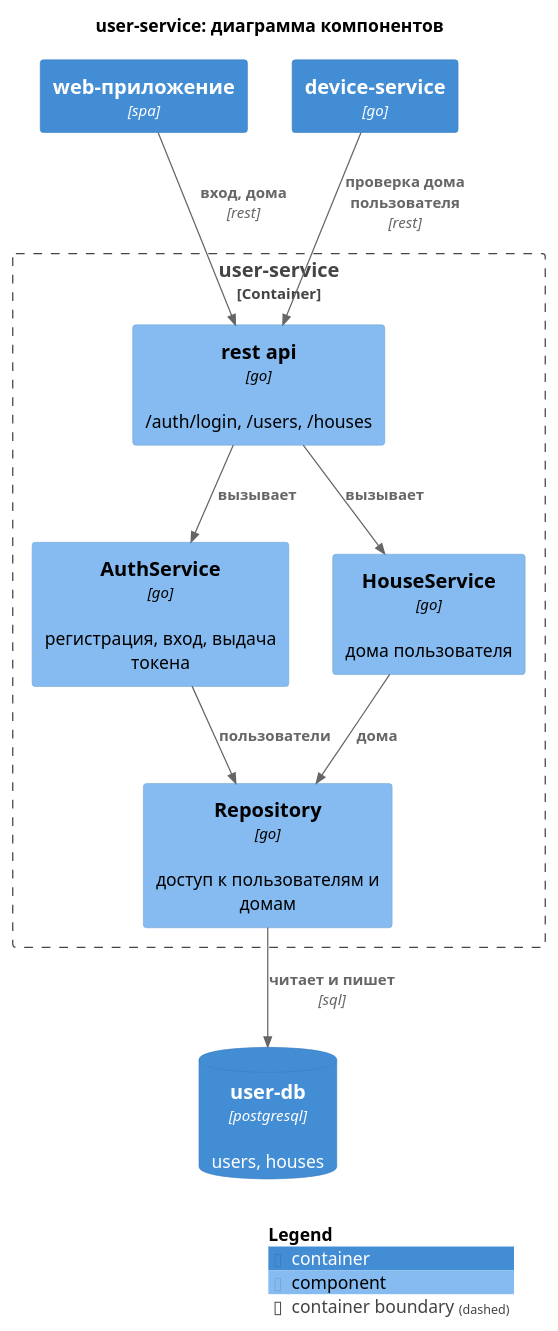
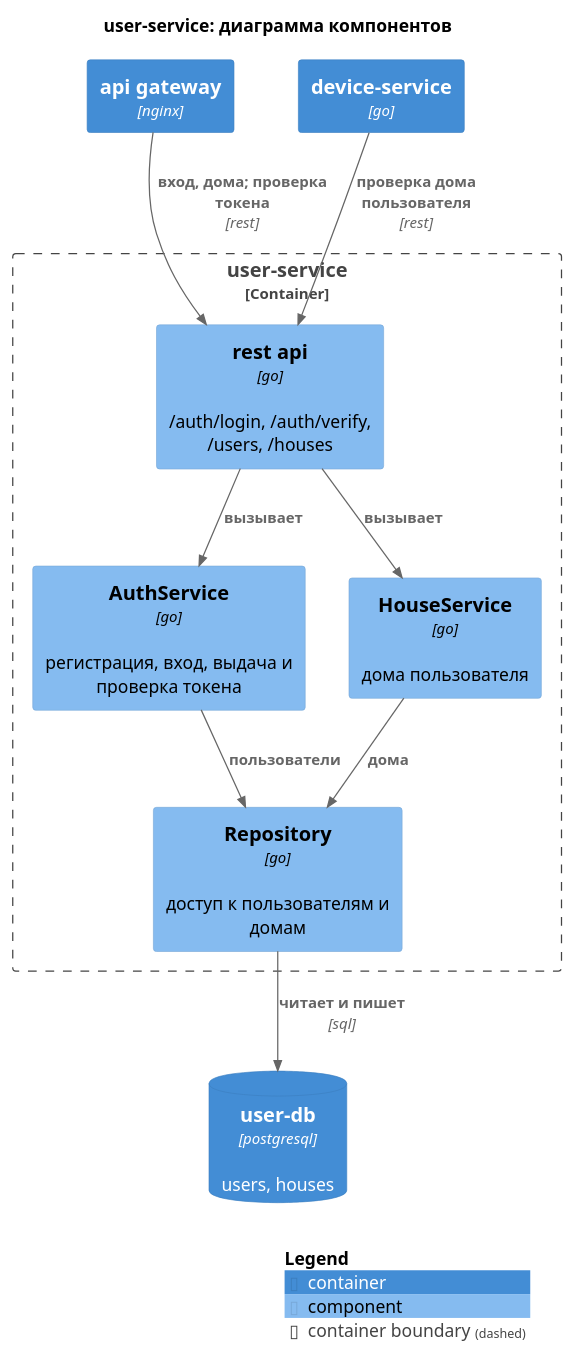
The diagram in diagrams/component/user-service.puml (Murl1k/arch-sprint-1), drawn with PlantUML before and after one commit. The commit also changed 22 other files, not shown here.

```diff
--- a/diagrams/component/user-service.puml
+++ b/diagrams/component/user-service.puml
@@ -1,26 +1,26 @@
 @startuml user-service
 !include https://raw.githubusercontent.com/plantuml-stdlib/C4-PlantUML/v2.14.0/C4_Component.puml
 
 title user-service: диаграмма компонентов
 
-Container(web, "web-приложение", "spa")
+Container(api_gw, "api gateway", "nginx")
 Container(device_svc, "device-service", "go")
 ContainerDb(db, "user-db", "postgresql", "users, houses")
 
 Container_Boundary(svc, "user-service") {
-    Component(api, "rest api", "go", "/auth/login, /users, /houses")
-    Component(auth, "AuthService", "go", "регистрация, вход, выдача токена")
+    Component(api, "rest api", "go", "/auth/login, /auth/verify, /users, /houses")
+    Component(auth, "AuthService", "go", "регистрация, вход, выдача и проверка токена")
     Component(houses, "HouseService", "go", "дома пользователя")
     Component(repo, "Repository", "go", "доступ к пользователям и домам")
 }
 
-Rel(web, api, "вход, дома", "rest")
+Rel(api_gw, api, "вход, дома; проверка токена", "rest")
 Rel(device_svc, api, "проверка дома пользователя", "rest")
 Rel(api, auth, "вызывает")
 Rel(api, houses, "вызывает")
 Rel(auth, repo, "пользователи")
 Rel(houses, repo, "дома")
 Rel(repo, db, "читает и пишет", "sql")
 
 SHOW_LEGEND()
 @enduml
```
